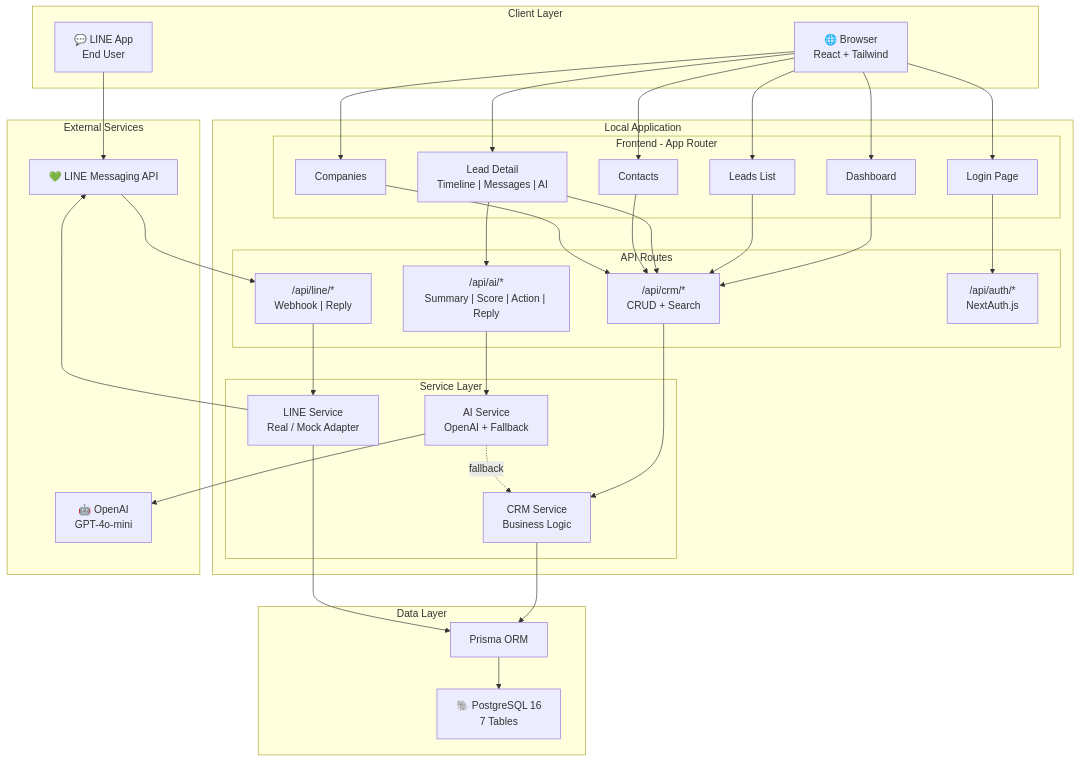
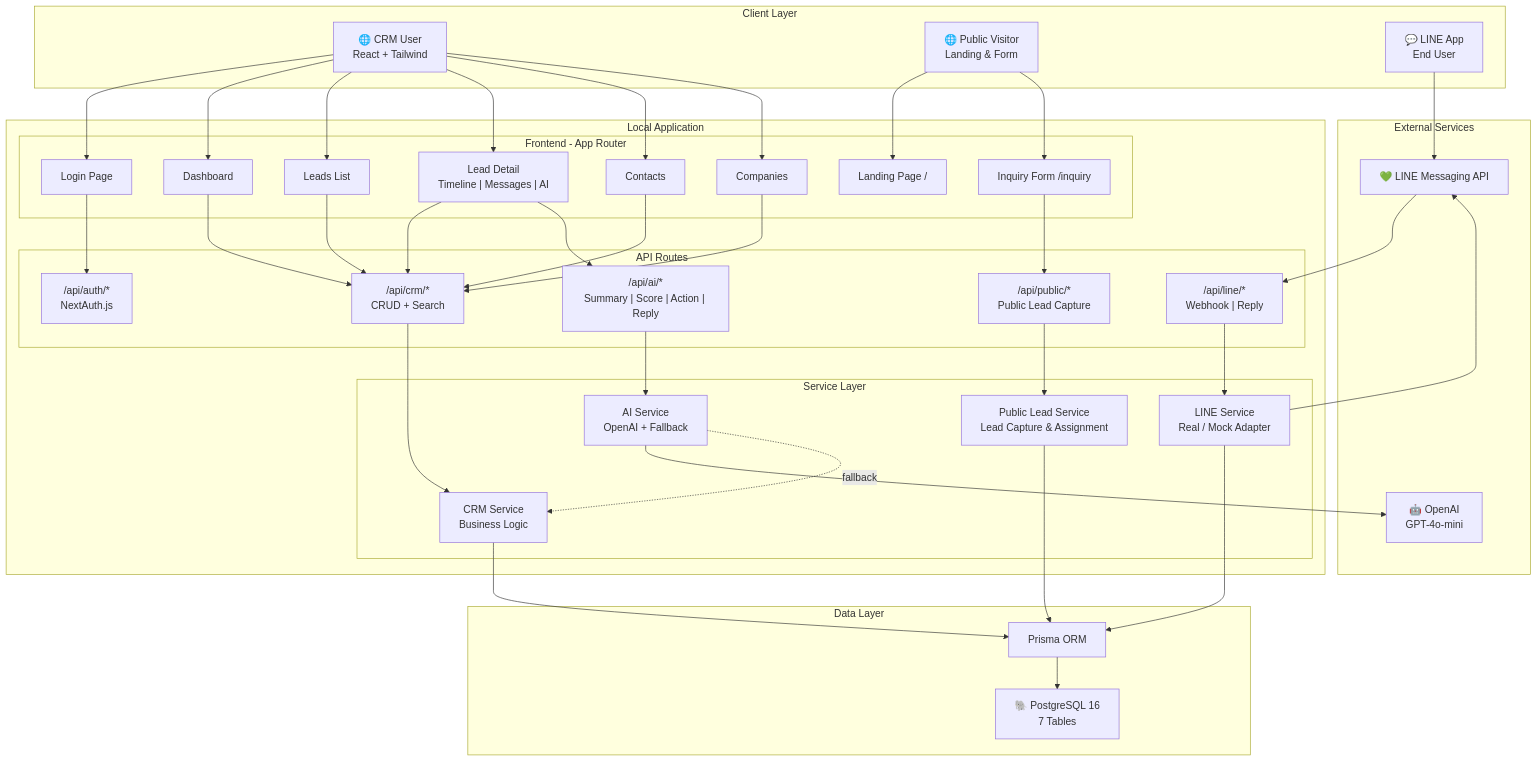
Before and after one commit to tiannys/ai-crm: the first of 3 diagrams in README.md, drawn with Mermaid. The commit also changed other lines of this file and 10 other files, not shown here.

Commit message:
feat: implement public website lead capture and update documentation

````diff
--- a/README.md
+++ b/README.md
@@ -128,59 +129,68 @@
 ```mermaid
 graph TB
     subgraph "Client Layer"
-        Browser["🌐 Browser<br/>React + Tailwind"]
+        Browser["🌐 CRM User<br/>React + Tailwind"]
+        Visitor["🌐 Public Visitor<br/>Landing & Form"]
         LINEAPP["💬 LINE App<br/>End User"]
     end
 
     subgraph "Local Application"
         subgraph "Frontend - App Router"
+            Landing["Landing Page /"]
+            Inquiry["Inquiry Form /inquiry"]
             Login["Login Page"]
             Dashboard["Dashboard"]
             Leads["Leads List"]
             LeadDetail["Lead Detail<br/>Timeline | Messages | AI"]
             Contacts["Contacts"]
             Companies["Companies"]
         end
 
         subgraph "API Routes"
+            PUBLIC_API["/api/public/*<br/>Public Lead Capture"]
             CRM_API["/api/crm/*<br/>CRUD + Search"]
             AI_API["/api/ai/*<br/>Summary | Score | Action | Reply"]
             LINE_API["/api/line/*<br/>Webhook | Reply"]
             AUTH_API["/api/auth/*<br/>NextAuth.js"]
         end
 
         subgraph "Service Layer"
             CRM_SVC["CRM Service<br/>Business Logic"]
+            PUBLIC_SVC["Public Lead Service<br/>Lead Capture & Assignment"]
             AI_SVC["AI Service<br/>OpenAI + Fallback"]
             LINE_SVC["LINE Service<br/>Real / Mock Adapter"]
         end
     end
 
     subgraph "External Services"
         OpenAI["🤖 OpenAI<br/>GPT-4o-mini"]
         LINE_MSG["💚 LINE Messaging API"]
     end
 
     subgraph "Data Layer"
         PG["🐘 PostgreSQL 16<br/>7 Tables"]
         Prisma["Prisma ORM"]
     end
 
+    Visitor --> Landing & Inquiry
+    Inquiry --> PUBLIC_API
     Browser --> Login & Dashboard & Leads & LeadDetail & Contacts & Companies
     Login --> AUTH_API
     Dashboard & Leads & LeadDetail & Contacts & Companies --> CRM_API
     LeadDetail --> AI_API
     LINEAPP --> LINE_MSG --> LINE_API
 
+    PUBLIC_API --> PUBLIC_SVC
     CRM_API --> CRM_SVC
     AI_API --> AI_SVC
     LINE_API --> LINE_SVC
 
+    PUBLIC_SVC --> Prisma
     CRM_SVC --> Prisma
     AI_SVC --> OpenAI
     AI_SVC -.->|fallback| CRM_SVC
     LINE_SVC --> LINE_MSG
     LINE_SVC --> Prisma
 
     Prisma --> PG
 ```
````
